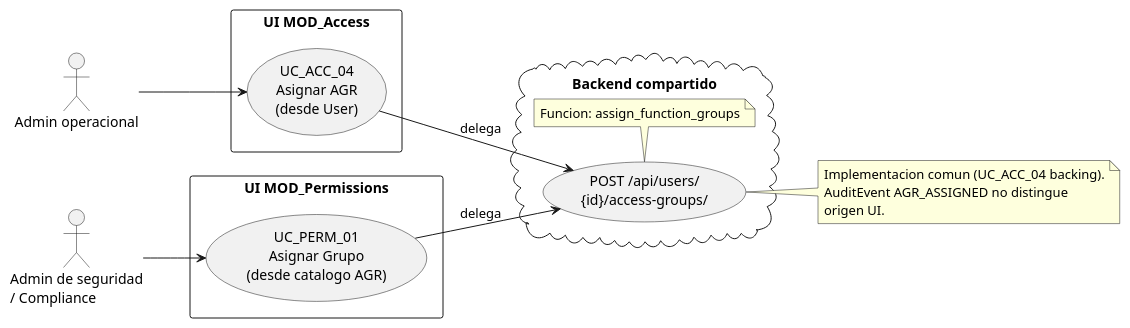
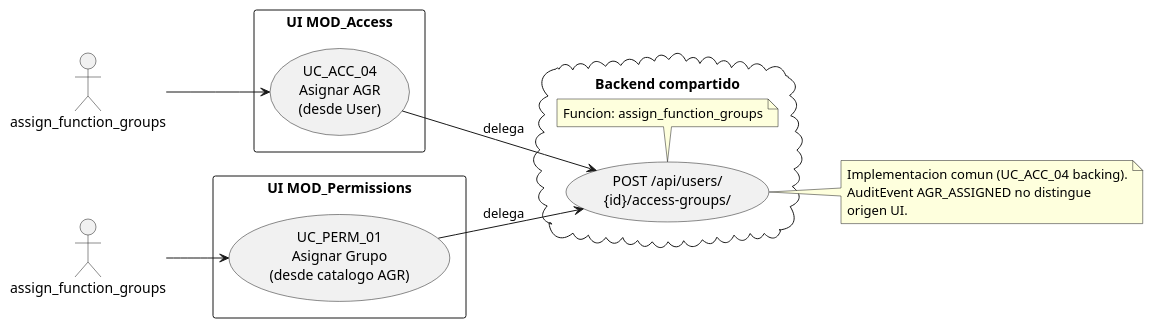
One commit to jcg-admin/IACT-docs changed the first of 4 diagrams in source/requisitos/casos-uso/permissions/uc-perm-01/diagramas-uml.rst. Above: the diagram before and after it, drawn with PlantUML. The commit also changed 77 other files, not shown here.

First line of the commit message:
Enforce RBAC function names as actors in all UML diagrams

```diff
--- a/source/requisitos/casos-uso/permissions/uc-perm-01/diagramas-uml.rst
+++ b/source/requisitos/casos-uso/permissions/uc-perm-01/diagramas-uml.rst
@@ -16,35 +16,35 @@
 .. uml::
  :caption: UC_PERM_01 vs UC_ACC_04 — vistas
            del mismo flujo
 
  @startuml
  left to right direction
 
- actor "Admin operacional" as OPS
- actor "Admin de seguridad\n/ Compliance" as SEC
+ actor "assign_function_groups" as OPS
+ actor "assign_function_groups" as SEC
 
  rectangle "UI MOD_Access" {
    usecase "UC_ACC_04\nAsignar AGR\n(desde User)" as ACC04
  }
 
  rectangle "UI MOD_Permissions" {
    usecase "UC_PERM_01\nAsignar Grupo\n(desde catalogo AGR)" as PERM01
  }
 
  cloud "Backend compartido" {
    usecase "POST /api/users/\n{id}/access-groups/" as BE
    note bottom: Funcion: assign_function_groups
  }
 
  OPS --> ACC04
  SEC --> PERM01
  ACC04 --> BE : delega
  PERM01 --> BE : delega
 
  note right of BE
    Implementacion comun (UC_ACC_04 backing).
    AuditEvent AGR_ASSIGNED no distingue
    origen UI.
  end note
 
  @enduml
```
